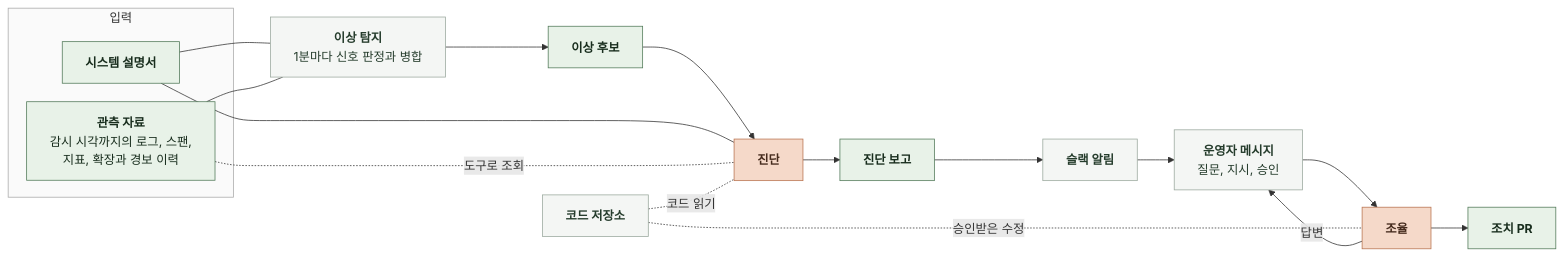
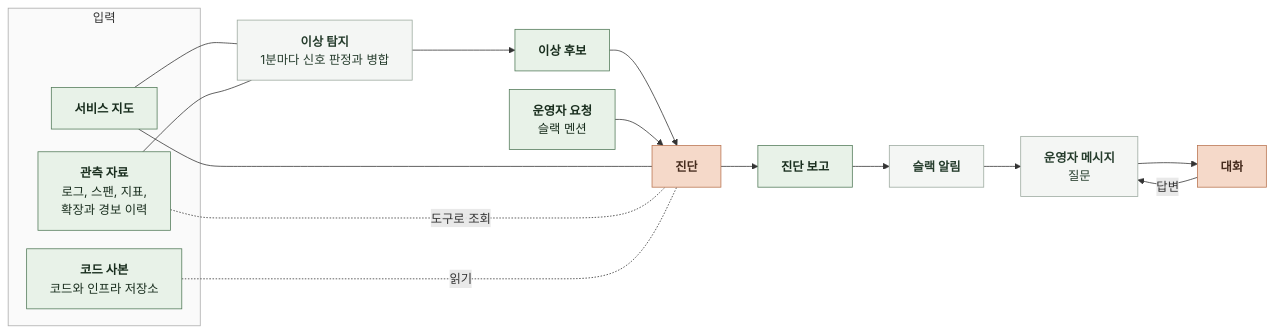
One commit to KIM-N-KANG/knk-harness changed the first of 3 diagrams in docs/domain/OBSERVABILITY/AI/3-TASK-DEFINITION.md. Above: the diagram before and after it, drawn with Mermaid. The commit also changed other lines of this file and 18 other files, not shown here.

````diff
--- a/docs/domain/OBSERVABILITY/AI/3-TASK-DEFINITION.md
+++ b/docs/domain/OBSERVABILITY/AI/3-TASK-DEFINITION.md
@@ -11,42 +11,43 @@
 ```mermaid
 %%{init: {"flowchart": {"curve": "basis", "nodeSpacing": 24, "rankSpacing": 48}}}%%
 flowchart LR
     subgraph IN["입력"]
-        S["`**시스템 설명서**`"]
+        S["`**서비스 지도**`"]
         L["`**관측 자료**
-감시 시각까지의 로그, 스팬,
-지표, 확장과 경보 이력`"]
+로그, 스팬, 지표,
+확장과 경보 이력`"]
+        G["`**코드 사본**
+코드와 인프라 저장소`"]
     end
     W["`**이상 탐지**
 1분마다 신호 판정과 병합`"]
     C["`**이상 후보**`"]
+    M["`**운영자 요청**
+슬랙 멘션`"]
     A["`**진단**`"]
     R["`**진단 보고**`"]
     N["`**슬랙 알림**`"]
     O["`**운영자 메시지**
-질문, 지시, 승인`"]
-    T["`**조율**`"]
-    G["`**코드 저장소**`"]
-    P["`**조치 PR**`"]
+질문`"]
+    T["`**대화**`"]
     S --- W
     L --- W
     W --> C
     C --> A
+    M --> A
     S --- A
     L -.-|도구로 조회| A
-    G -.-|코드 읽기| A
+    G -.-|읽기| A
     A --> R
     R --> N
     N --> O
     O --> T
     T -->|답변| O
-    G -.-|승인받은 수정| T
-    T --> P
     classDef data fill:#E8F2E8,stroke:#527A59,color:#182D1D
     classDef model fill:#F5D9C9,stroke:#B97450,color:#452B1D
     classDef code fill:#F4F6F4,stroke:#9BA99E,color:#253C2C
-    class L,S,C,R,P data
+    class L,S,G,C,M,R data
     class A,T model
-    class W,N,O,G code
+    class W,N,O code
     style IN fill:#FAFAFA,stroke:#AAAAAA
 ```
````
